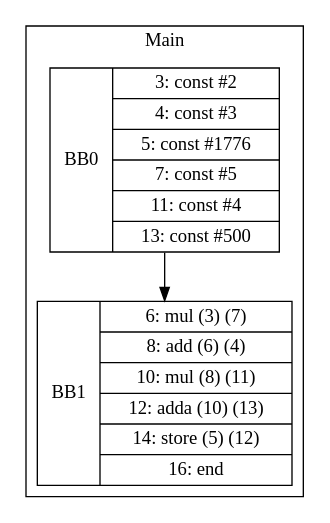
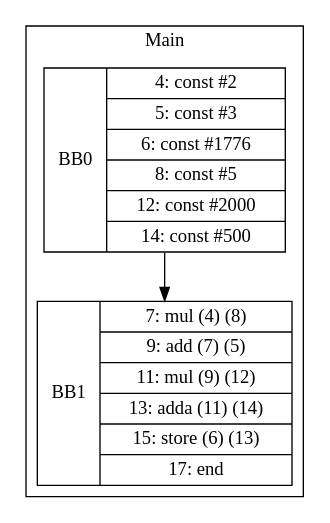
One commit to zjc664656505/UCI-CS241-Advanced-Compiler-main changed the diagram in visualization/jmcgowa/Array2.gv. Above: the diagram before and after it, drawn with Graphviz. The commit also changed 90 other files, not shown here.

```diff
--- a/visualization/jmcgowa/Array2.gv
+++ b/visualization/jmcgowa/Array2.gv
@@ -1,9 +1,9 @@
 digraph G {
 node [shape=record];
 subgraph cluster_main{
 label = "Main";
-BB0 [shape=record, label="<b>BB0|{3: const #2|4: const #3|5: const #1776|7: const #5|11: const #4|13: const #500}"];
-BB1 [shape=record, label="<b>BB1|{6: mul (3) (7)|8: add (6) (4)|10: mul (8) (11)|12: adda (10) (13)|14: store (5) (12)|16: end}"];
+BB0 [shape=record, label="<b>BB0|{4: const #2|5: const #3|6: const #1776|8: const #5|12: const #2000|14: const #500}"];
+BB1 [shape=record, label="<b>BB1|{7: mul (4) (8)|9: add (7) (5)|11: mul (9) (12)|13: adda (11) (14)|15: store (6) (13)|17: end}"];
 }
 BB0:s -> BB1:n ;
 }
```
